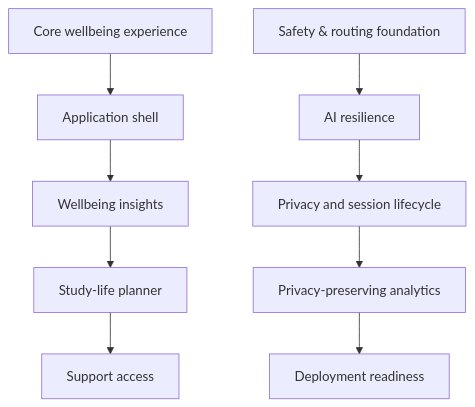
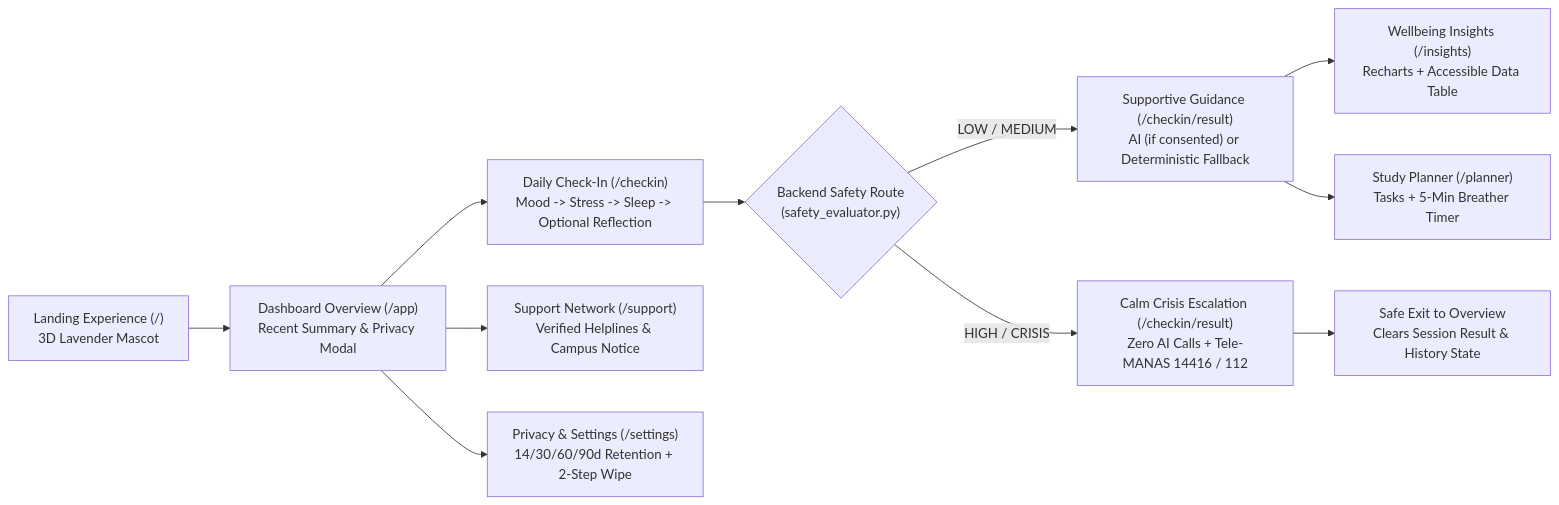
One commit to nikhi20-900/calmspace changed the first of 7 diagrams in README.md. Above: the diagram before and after it, drawn with Mermaid. The commit also changed other lines of this file, not shown here.

Commit message:
docs(readme): visual overhaul with architecture, safety, privacy lifecycle, ER, and deployment Mermaid diagrams

````diff
--- a/README.md
+++ b/README.md
@@ -456,12 +92,13 @@
 ```mermaid
-flowchart TD
-    A["Core wellbeing experience"] --> B["Application shell"]
-    B --> C["Wellbeing insights"]
-    C --> D["Study-life planner"]
-    D --> E["Support access"]
-
-    F["Safety & routing foundation"] --> G["AI resilience"]
-    G --> H["Privacy and session lifecycle"]
-    H --> I["Privacy-preserving analytics"]
-    I --> J["Deployment readiness"]
+flowchart LR
+    A["Landing Experience (/)<br/>3D Lavender Mascot"] --> B["Dashboard Overview (/app)<br/>Recent Summary & Privacy Modal"]
+    B --> C["Daily Check-In (/checkin)<br/>Mood -> Stress -> Sleep -> Optional Reflection"]
+    C --> D{"Backend Safety Route<br/>(safety_evaluator.py)"}
+    D -->|"LOW / MEDIUM"| E["Supportive Guidance (/checkin/result)<br/>AI (if consented) or Deterministic Fallback"]
+    D -->|"HIGH / CRISIS"| F["Calm Crisis Escalation (/checkin/result)<br/>Zero AI Calls + Tele-MANAS 14416 / 112"]
+    E --> G["Wellbeing Insights (/insights)<br/>Recharts + Accessible Data Table"]
+    E --> H["Study Planner (/planner)<br/>Tasks + 5-Min Breather Timer"]
+    F --> I["Safe Exit to Overview<br/>Clears Session Result & History State"]
+    B --> J["Support Network (/support)<br/>Verified Helplines & Campus Notice"]
+    B --> K["Privacy & Settings (/settings)<br/>14/30/60/90d Retention + 2-Step Wipe"]
 ```
````
